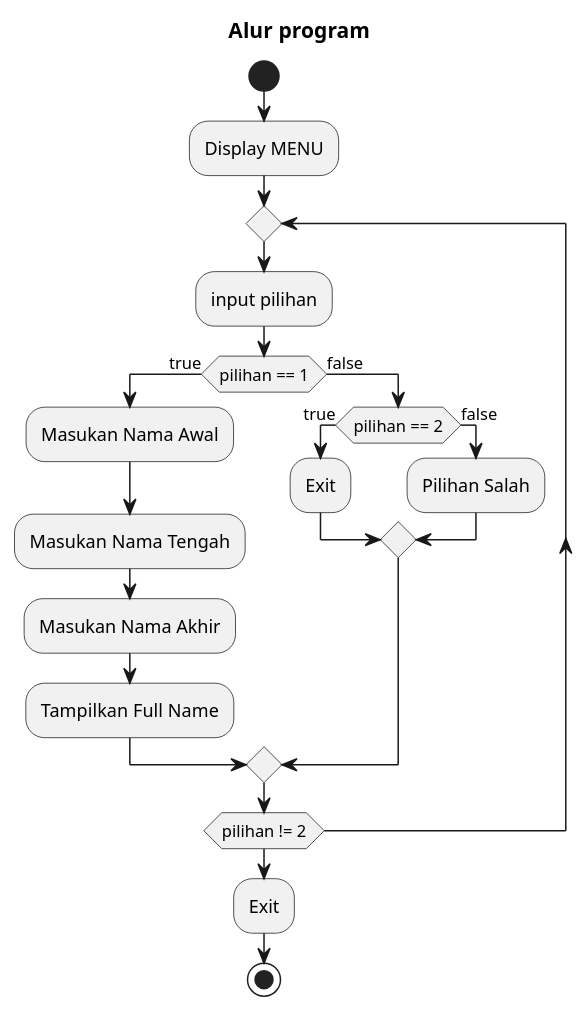
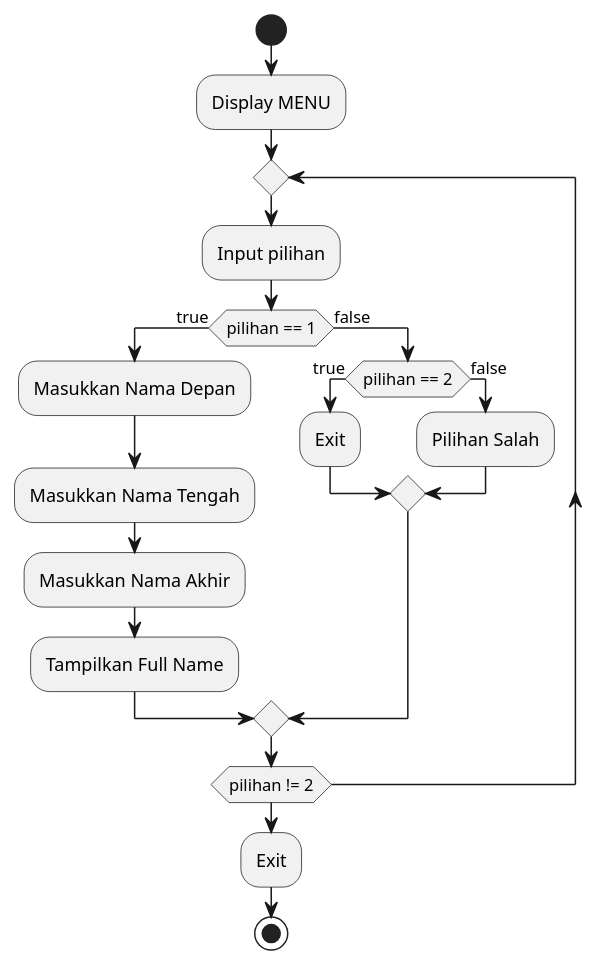
The diagram in pert5/source1.puml (dinosaurusjawa/Bahasa-Pemograman), drawn with PlantUML before and after one commit. The commit also changed other lines of this file and 3 other files, not shown here.

```diff
--- a/pert5/source1.puml
+++ b/pert5/source1.puml
@@ -1,24 +1,23 @@
-@startuml source1
+@startuml
 
-title "Alur program"
 start
 :Display MENU;
 repeat
-    :input pilihan;
-    if (pilihan == 1) then (true)
-        :Masukan Nama Awal;
-        :Masukan Nama Tengah;
-        :Masukan Nama Akhir;
+  :Input pilihan;
+  if (pilihan == 1) then (true)
+    :Masukkan Nama Depan;
+    :Masukkan Nama Tengah;
+    :Masukkan Nama Akhir;
     :Tampilkan Full Name;
+  else (false)
+    if (pilihan == 2) then (true)
+      :Exit;
     else (false)
-        if (pilihan == 2) then (true)
-        :Exit;
-    else (false)
-        :Pilihan Salah;
-        endif
+      :Pilihan Salah;
     endif
-    repeat while (pilihan != 2)
+  endif
+repeat while (pilihan != 2)
 :Exit;
 stop
 
 @enduml
```
